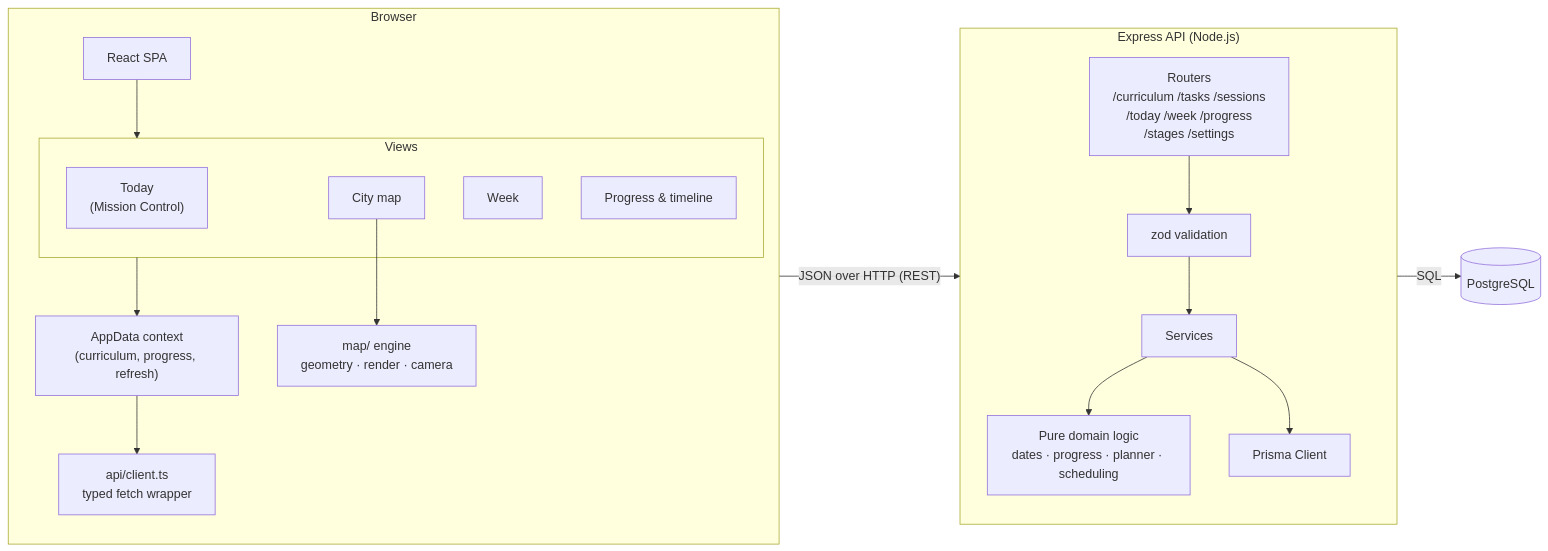
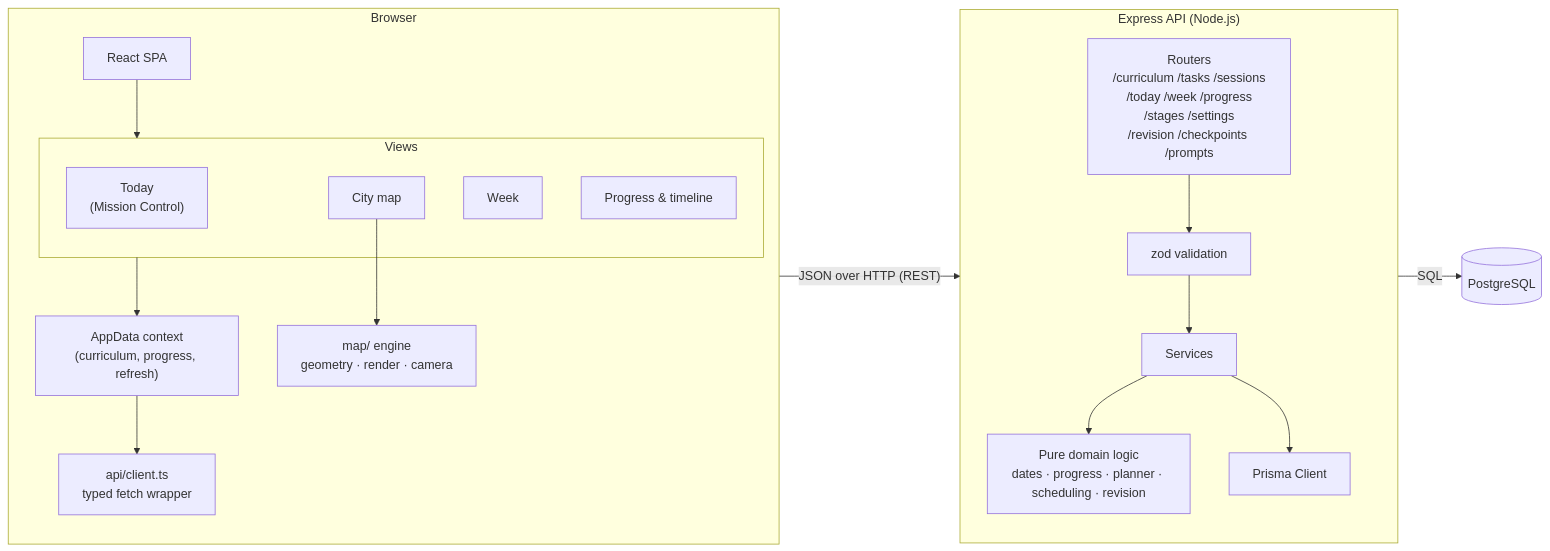
One commit to Abinash-Anand/Blueprint changed the second of 10 diagrams in docs/HLD.md. Above: the diagram before and after it, drawn with Mermaid. The commit also changed other lines of this file and 46 other files, not shown here.

````diff
--- a/docs/HLD.md
+++ b/docs/HLD.md
@@ -45,32 +45,32 @@
 ```mermaid
 flowchart LR
   subgraph Browser
     direction TB
     APP["React SPA"]
     subgraph Views
       TODAY["Today<br/>(Mission Control)"]
       WEEK["Week"]
       CITY["City map"]
       PROG["Progress & timeline"]
     end
     STORE["AppData context<br/>(curriculum, progress, refresh)"]
     CLIENT["api/client.ts<br/>typed fetch wrapper"]
     MAPENG["map/ engine<br/>geometry · render · camera"]
     APP --> Views
     Views --> STORE --> CLIENT
     CITY --> MAPENG
   end
   subgraph Server["Express API (Node.js)"]
     direction TB
-    ROUTES["Routers<br/>/curriculum /tasks /sessions<br/>/today /week /progress<br/>/stages /settings"]
+    ROUTES["Routers<br/>/curriculum /tasks /sessions<br/>/today /week /progress<br/>/stages /settings<br/>/revision /checkpoints /prompts"]
     VAL["zod validation"]
     SVC["Services"]
-    DOMAIN["Pure domain logic<br/>dates · progress · planner · scheduling"]
+    DOMAIN["Pure domain logic<br/>dates · progress · planner · scheduling · revision"]
     PRISMA["Prisma Client"]
     ROUTES --> VAL --> SVC --> DOMAIN
     SVC --> PRISMA
   end
   PG[("PostgreSQL")]
   CLIENT -- "JSON over HTTP (REST)" --> ROUTES
   PRISMA -- SQL --> PG
 ```
````
